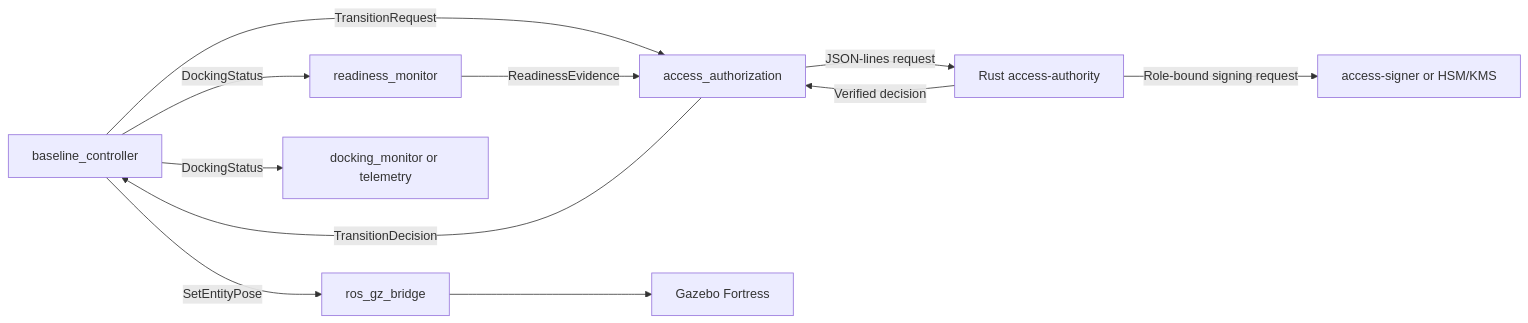
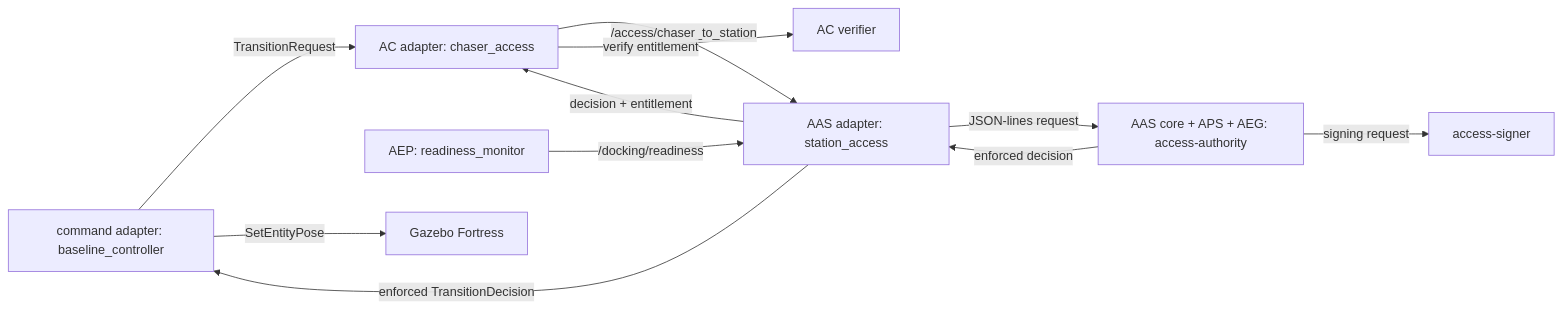
Before and after one commit to dboulet01/access: the second of 2 diagrams in docs/architecture.md, drawn with Mermaid. The commit also changed other lines of this file and 9 other files, not shown here.

````diff
--- a/docs/architecture.md
+++ b/docs/architecture.md
@@ -72,13 +74,13 @@
 ```mermaid
 flowchart LR
-    CTRL[baseline_controller] -->|TransitionRequest| ADAPTER[access_authorization]
-    CTRL -->|DockingStatus| READY[readiness_monitor]
-    READY -->|ReadinessEvidence| ADAPTER
-    ADAPTER -->|JSON-lines request| ACCESS[Rust access-authority]
-    ACCESS -->|Role-bound signing request| SIGNER[access-signer or HSM/KMS]
-    ACCESS -->|Verified decision| ADAPTER
-    ADAPTER -->|TransitionDecision| CTRL
-    CTRL -->|SetEntityPose| BRIDGE[ros_gz_bridge]
-    BRIDGE --> GZ[Gazebo Fortress]
-    CTRL -->|DockingStatus| MON[docking_monitor or telemetry]
+    CTRL[command adapter: baseline_controller] -->|TransitionRequest| CLIENT[AC adapter: chaser_access]
+    CLIENT -->|/access/chaser_to_station| STATION[AAS adapter: station_access]
+    READY[AEP: readiness_monitor] -->|/docking/readiness| STATION
+    STATION -->|JSON-lines request| AUTH[AAS core + APS + AEG: access-authority]
+    AUTH -->|signing request| SIGNER[access-signer]
+    AUTH -->|enforced decision| STATION
+    STATION -->|decision + entitlement| CLIENT
+    CLIENT -->|verify entitlement| VERIFY[AC verifier]
+    STATION -->|enforced TransitionDecision| CTRL
+    CTRL -->|SetEntityPose| GZ[Gazebo Fortress]
 ```
````
